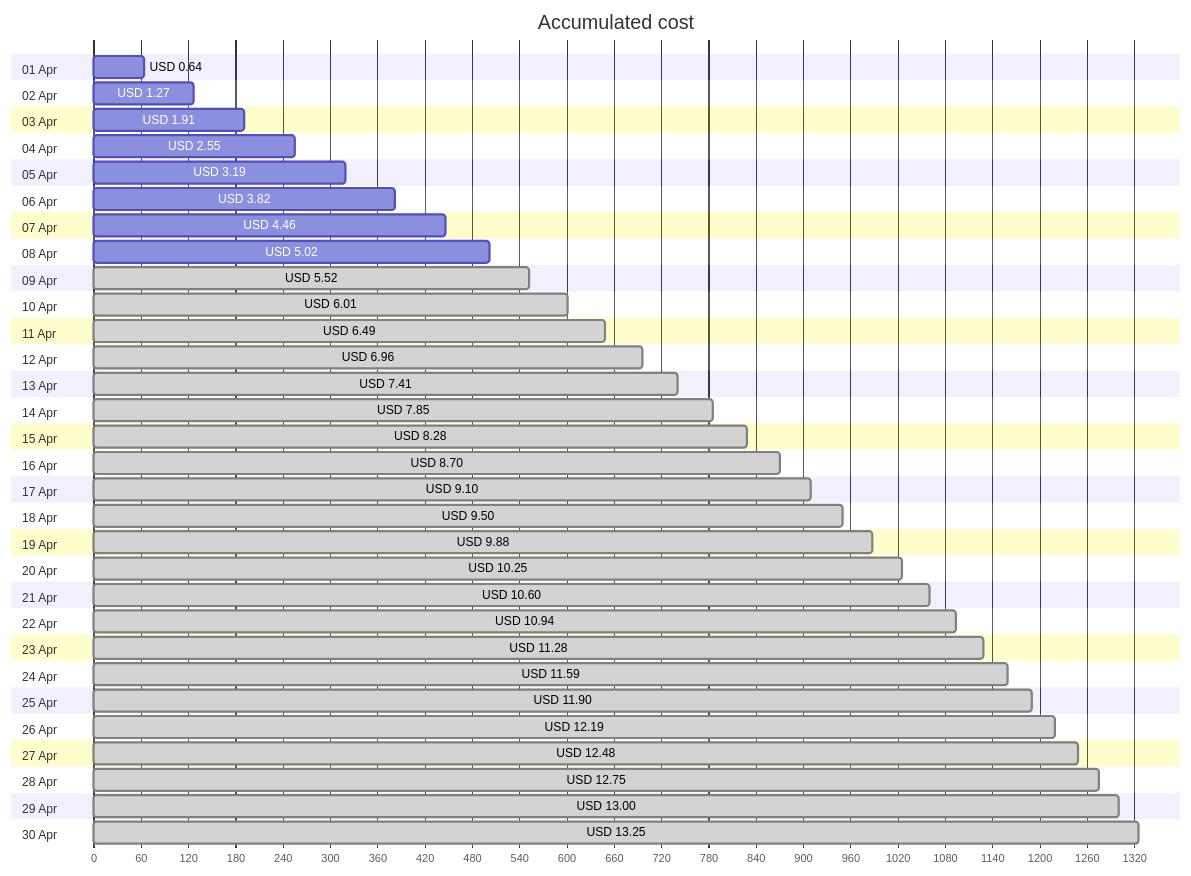
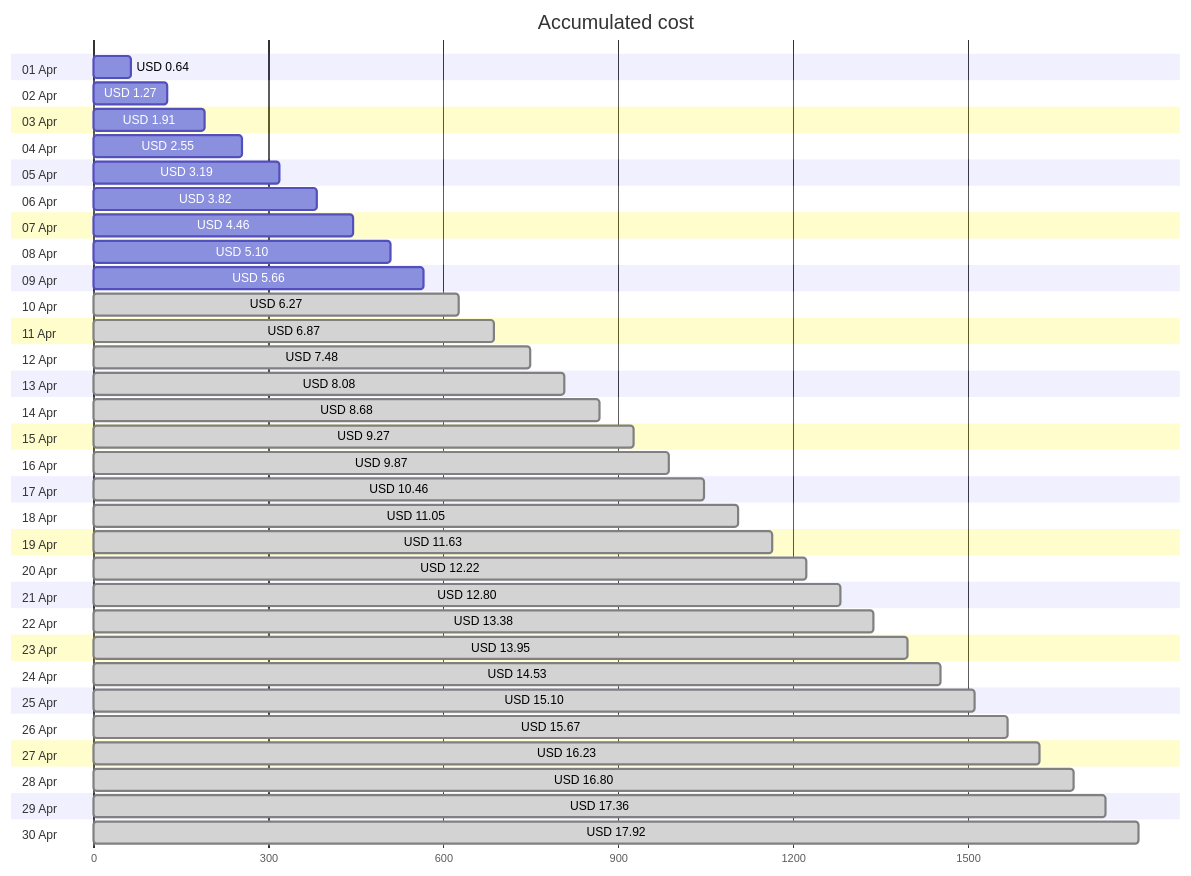
Before and after one commit to jpfulton/azure-personal-reports: the first of 4 diagrams in cost-reports/accumulated-cost.md, drawn with Mermaid. The commit also changed other lines of this file and 4 other files, not shown here.

````diff
--- a/cost-reports/accumulated-cost.md
+++ b/cost-reports/accumulated-cost.md
@@ -20,66 +20,66 @@
 ```mermaid
 gantt
    title Accumulated cost
    dateFormat  X
    axisFormat %s
    section 01 Apr
    USD 0.64 :0, 64
    section 02 Apr
    USD 1.27 :0, 127
    section 03 Apr
    USD 1.91 :0, 191
    section 04 Apr
    USD 2.55 :0, 255
    section 05 Apr
    USD 3.19 :0, 319
    section 06 Apr
    USD 3.82 :0, 382
    section 07 Apr
    USD 4.46 :0, 446
    section 08 Apr
-   USD 5.02 :0, 502
+   USD 5.10 :0, 510
    section 09 Apr
-   USD 5.52 : done, 0, 552
+   USD 5.66 :0, 566
    section 10 Apr
-   USD 6.01 : done, 0, 601
+   USD 6.27 : done, 0, 627
    section 11 Apr
-   USD 6.49 : done, 0, 649
+   USD 6.87 : done, 0, 687
    section 12 Apr
-   USD 6.96 : done, 0, 696
+   USD 7.48 : done, 0, 748
    section 13 Apr
-   USD 7.41 : done, 0, 741
+   USD 8.08 : done, 0, 808
    section 14 Apr
-   USD 7.85 : done, 0, 785
+   USD 8.68 : done, 0, 868
    section 15 Apr
-   USD 8.28 : done, 0, 828
+   USD 9.27 : done, 0, 927
    section 16 Apr
-   USD 8.70 : done, 0, 870
+   USD 9.87 : done, 0, 987
    section 17 Apr
-   USD 9.10 : done, 0, 910
+   USD 10.46 : done, 0, 1046
    section 18 Apr
-   USD 9.50 : done, 0, 950
+   USD 11.05 : done, 0, 1105
    section 19 Apr
-   USD 9.88 : done, 0, 988
+   USD 11.63 : done, 0, 1163
    section 20 Apr
-   USD 10.25 : done, 0, 1025
+   USD 12.22 : done, 0, 1222
    section 21 Apr
-   USD 10.60 : done, 0, 1060
+   USD 12.80 : done, 0, 1280
    section 22 Apr
-   USD 10.94 : done, 0, 1094
+   USD 13.38 : done, 0, 1338
    section 23 Apr
-   USD 11.28 : done, 0, 1128
+   USD 13.95 : done, 0, 1395
    section 24 Apr
-   USD 11.59 : done, 0, 1159
+   USD 14.53 : done, 0, 1453
    section 25 Apr
-   USD 11.90 : done, 0, 1190
+   USD 15.10 : done, 0, 1510
    section 26 Apr
-   USD 12.19 : done, 0, 1219
+   USD 15.67 : done, 0, 1567
    section 27 Apr
-   USD 12.48 : done, 0, 1248
+   USD 16.23 : done, 0, 1623
    section 28 Apr
-   USD 12.75 : done, 0, 1275
+   USD 16.80 : done, 0, 1680
    section 29 Apr
-   USD 13.00 : done, 0, 1300
+   USD 17.36 : done, 0, 1736
    section 30 Apr
-   USD 13.25 : done, 0, 1325
+   USD 17.92 : done, 0, 1792
 ```
````
